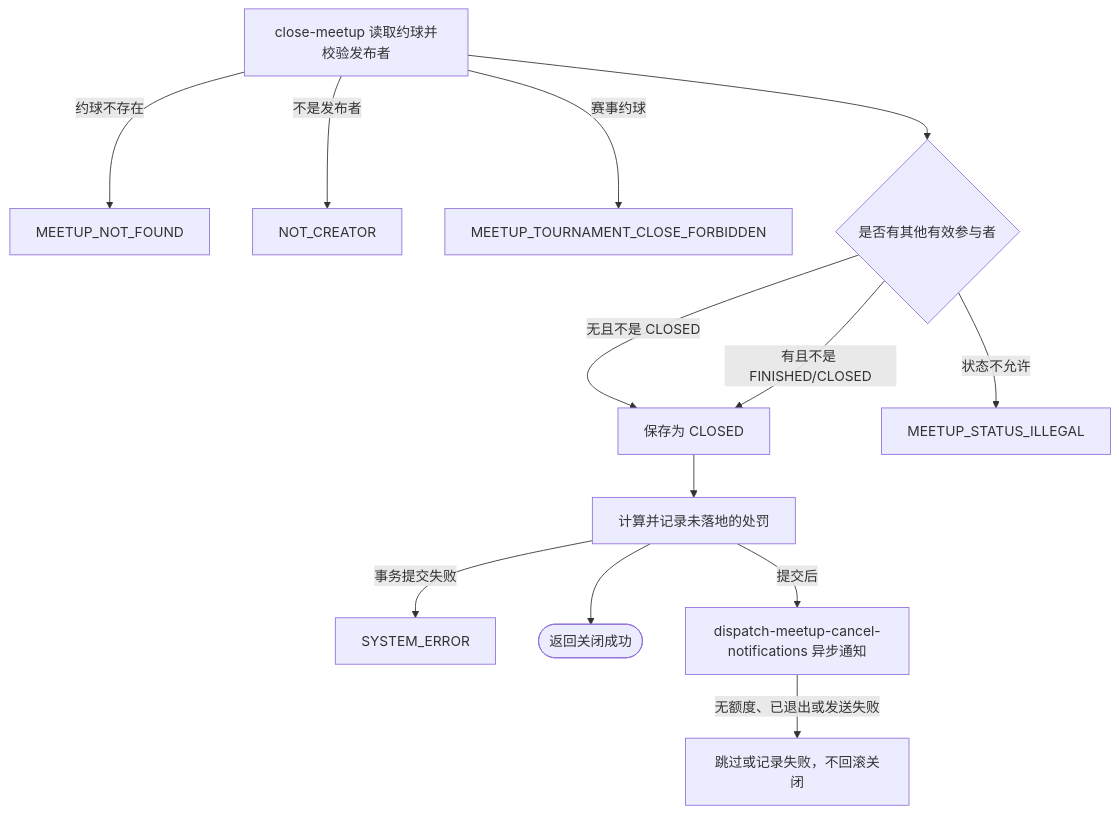
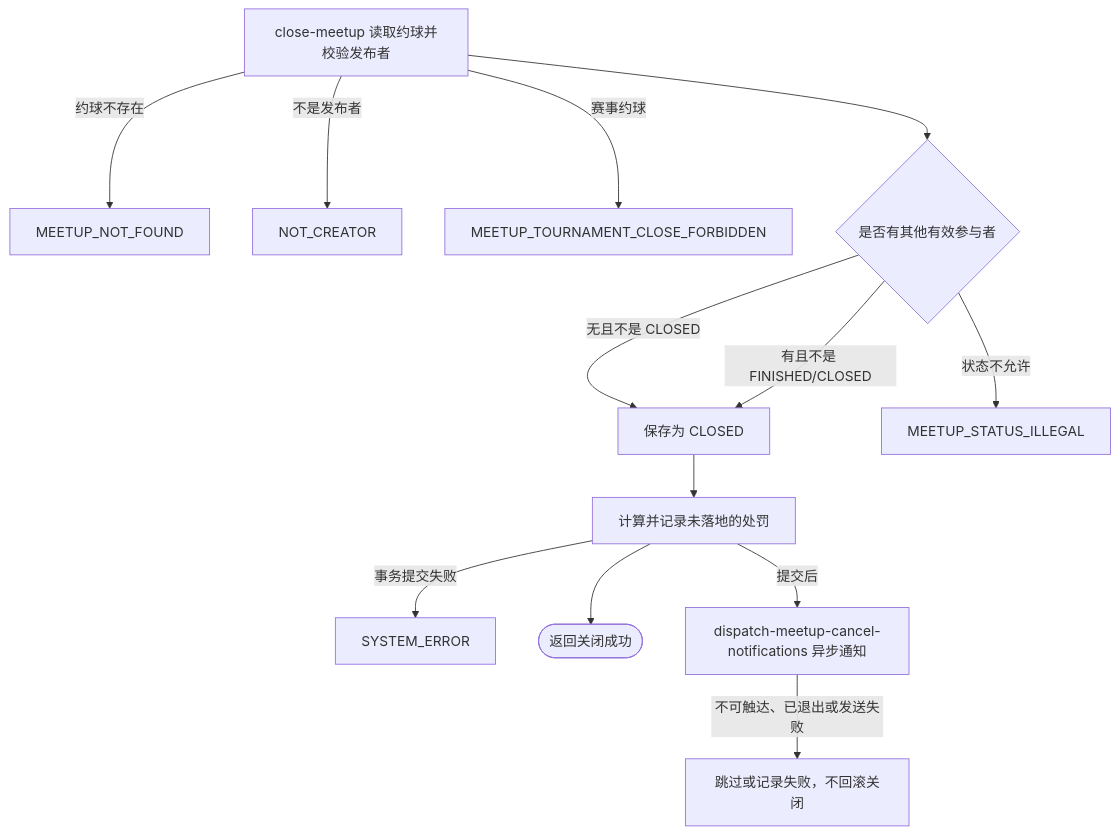
Before and after one commit to chxt100016/Rally: the diagram in blueprint/spec/meetup/meetup-close/close-meetup.md, drawn with Mermaid. The commit also changed other lines of this file and 170 other files, not shown here.

````diff
--- a/blueprint/spec/meetup/meetup-close/close-meetup.md
+++ b/blueprint/spec/meetup/meetup-close/close-meetup.md
@@ -34,15 +33,15 @@
 ```mermaid
 flowchart TD
     A[close-meetup 读取约球并校验发布者] -->|约球不存在| E1[MEETUP_NOT_FOUND]
     A -->|不是发布者| E2[NOT_CREATOR]
     A -->|赛事约球| E3[MEETUP_TOURNAMENT_CLOSE_FORBIDDEN]
     A --> B{是否有其他有效参与者}
     B -->|无且不是 CLOSED| C[保存为 CLOSED]
     B -->|有且不是 FINISHED/CLOSED| C
     B -->|状态不允许| E4[MEETUP_STATUS_ILLEGAL]
     C --> D[计算并记录未落地的处罚]
     D -->|事务提交失败| E5[SYSTEM_ERROR]
     D --> F([返回关闭成功])
     D -->|提交后| G[dispatch-meetup-cancel-notifications 异步通知]
-    G -->|无额度、已退出或发送失败| H[跳过或记录失败，不回滚关闭]
+    G -->|不可触达、已退出或发送失败| H[跳过或记录失败，不回滚关闭]
 ```
````
